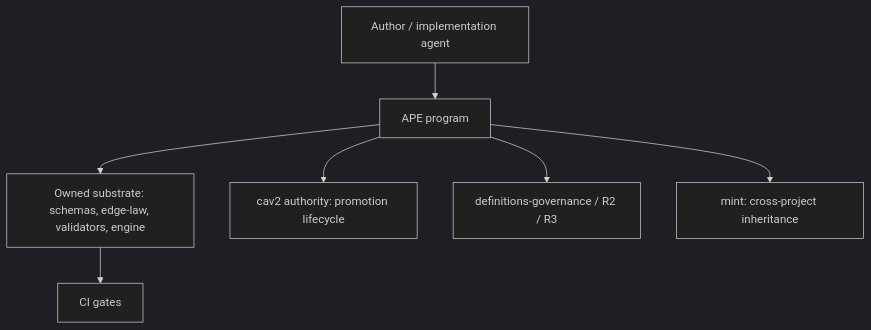
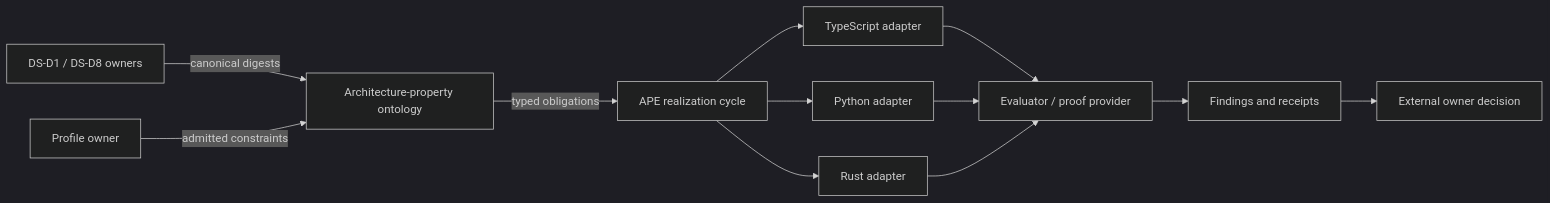
Before and after one commit to cyberAlchemyAI/domainspec-core: the first of 2 diagrams in projects/domainspec-v2/development/architecture-pattern-enforcement/architecture-bundle.md, drawn with Mermaid (dark theme). The commit also changed other lines of this file and 2487 other files, not shown here.

Commit message:
domainspec-v2: add architecture realization work packs

````diff
--- a/projects/domainspec-v2/development/architecture-pattern-enforcement/architecture-bundle.md
+++ b/projects/domainspec-v2/development/architecture-pattern-enforcement/architecture-bundle.md
@@ -43,9 +36,14 @@
 ```mermaid
-graph TD
-    Author[Author / implementation agent] --> APE[APE program]
-    APE --> Substrate[Owned substrate: schemas, edge-law, validators, engine]
-    APE --> Cav2[cav2 authority: promotion lifecycle]
-    APE --> Defs[definitions-governance / R2 / R3]
-    APE --> Mint[mint: cross-project inheritance]
-    Substrate --> CI[CI gates]
+flowchart LR
+    D[DS-D1 / DS-D8 owners] -->|canonical digests| O[Architecture-property ontology]
+    P[Profile owner] -->|admitted constraints| O
+    O -->|typed obligations| A[APE realization cycle]
+    A --> TS[TypeScript adapter]
+    A --> PY[Python adapter]
+    A --> RS[Rust adapter]
+    TS --> E[Evaluator / proof provider]
+    PY --> E
+    RS --> E
+    E --> R[Findings and receipts]
+    R --> H[External owner decision]
 ```
````
